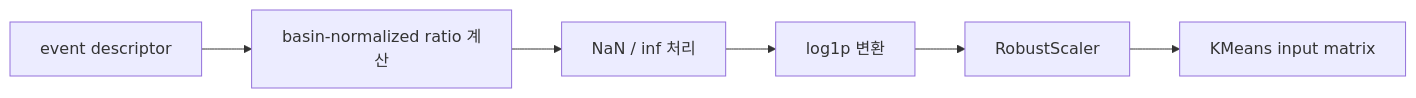
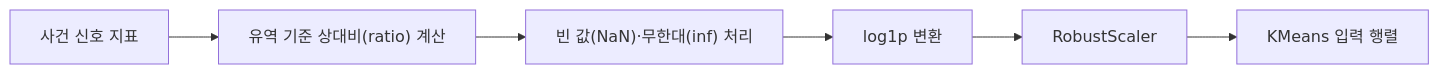
Before and after one commit to mossyantler/flood-underestimation-lstm: the second of 4 diagrams in docs/explain/07_ml_flood_generation_typing.md, drawn with Mermaid. The commit also changed other lines of this file and 13 other files, not shown here.

````diff
--- a/docs/explain/07_ml_flood_generation_typing.md
+++ b/docs/explain/07_ml_flood_generation_typing.md
@@ -166,8 +197,8 @@
 ```mermaid
 flowchart LR
-    A["event descriptor"] --> B["basin-normalized ratio 계산"]
-    B --> C["NaN / inf 처리"]
+    A["사건 신호 지표"] --> B["유역 기준 상대비(ratio) 계산"]
+    B --> C["빈 값(NaN)·무한대(inf) 처리"]
     C --> D["log1p 변환"]
     D --> E["RobustScaler"]
-    E --> F["KMeans input matrix"]
+    E --> F["KMeans 입력 행렬"]
 ```
````
